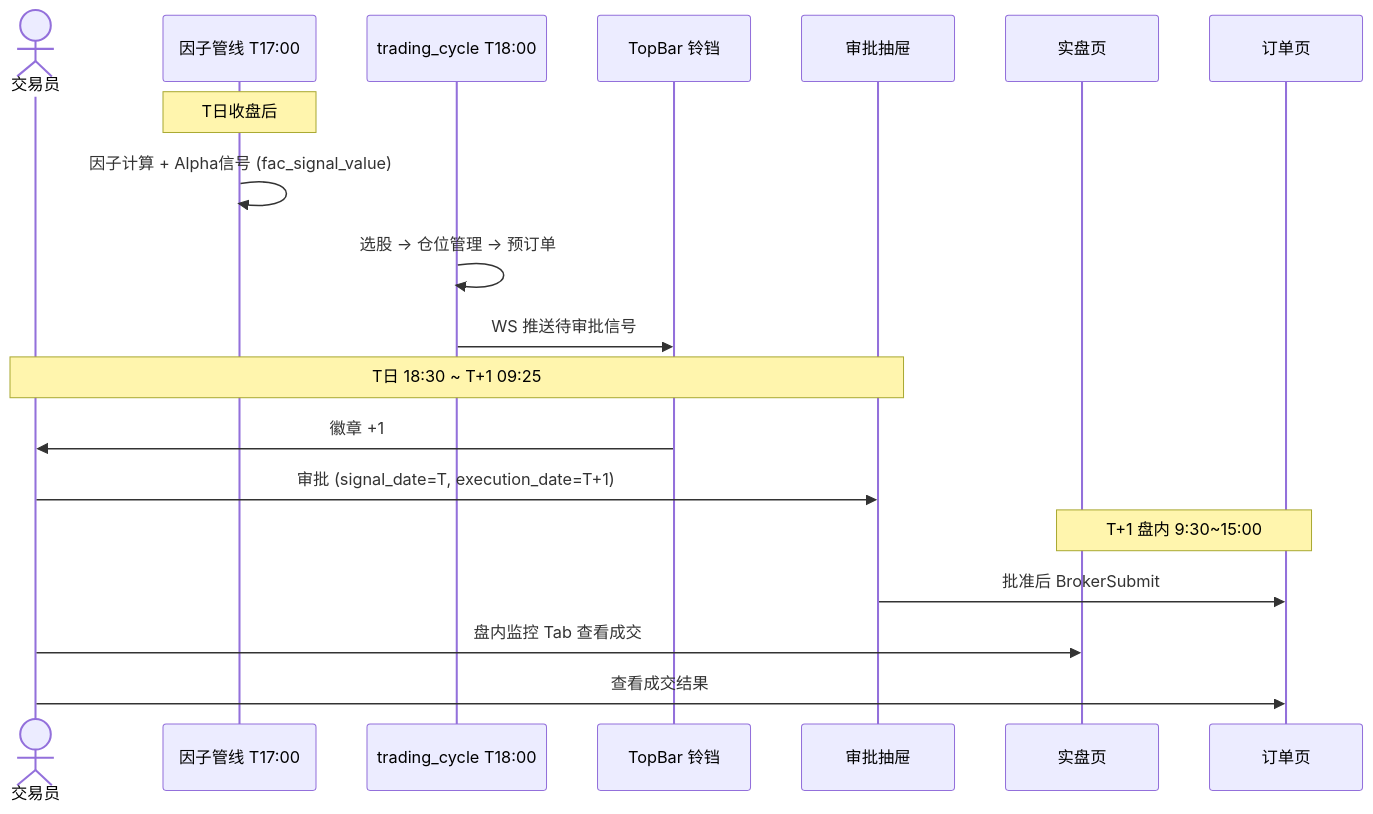
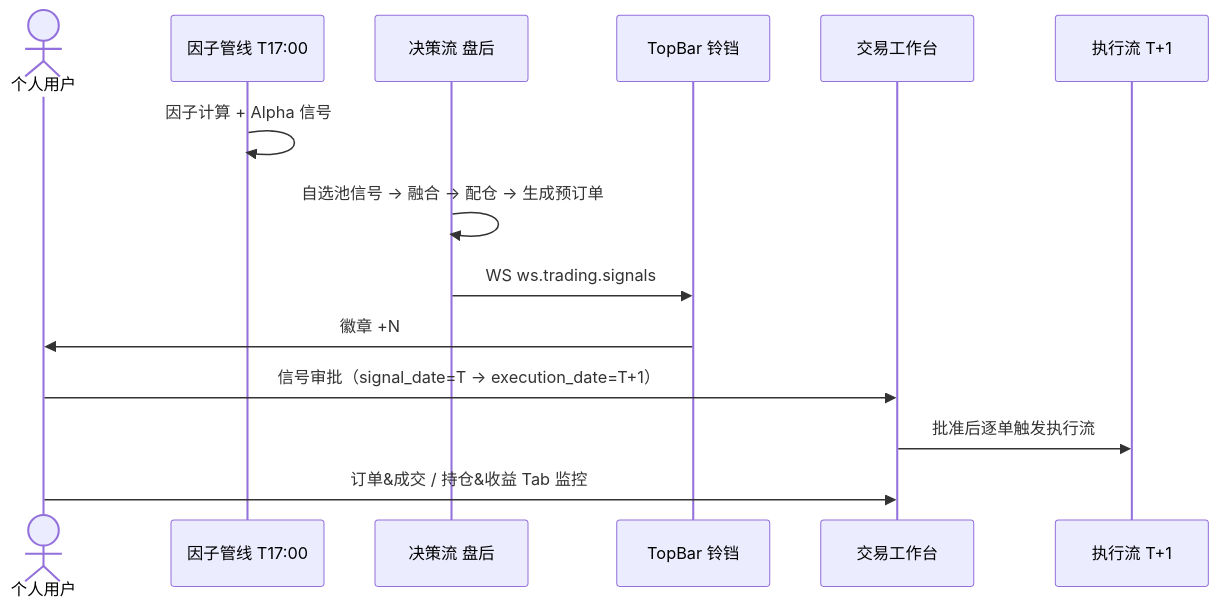
The second of 3 diagrams in docs/trading-product-design.md (bitiany/xq-trader), drawn with Mermaid before and after one commit. The commit also changed other lines of this file and 8 other files, not shown here.

````diff
--- a/docs/trading-product-design.md
+++ b/docs/trading-product-design.md
@@ -340,24 +188,17 @@
 ```mermaid
 sequenceDiagram
-    actor User as 交易员
+    actor User as 个人用户
     participant Factor as 因子管线 T17:00
-    participant WF as trading_cycle T18:00
+    participant WF as 决策流 盘后
     participant Bell as TopBar 铃铛
-    participant Drawer as 审批抽屉
-    participant Live as 实盘页
-    participant Orders as 订单页
+    participant Cockpit as 交易工作台
+    participant Exec as 执行流 T+1
 
-    Note over Factor: T日收盘后
-    Factor->>Factor: 因子计算 + Alpha信号 (fac_signal_value)
-    WF->>WF: 选股 → 仓位管理 → 预订单
-    WF->>Bell: WS 推送待审批信号
-
-    Note over User,Drawer: T日 18:30 ~ T+1 09:25
-    Bell->>User: 徽章 +1
-    User->>Drawer: 审批 (signal_date=T, execution_date=T+1)
-
-    Note over Live,Orders: T+1 盘内 9:30~15:00
-    Drawer->>Orders: 批准后 BrokerSubmit
-    User->>Live: 盘内监控 Tab 查看成交
-    User->>Orders: 查看成交结果
+    Factor->>Factor: 因子计算 + Alpha 信号
+    WF->>WF: 自选池信号 → 融合 → 配仓 → 生成预订单
+    WF->>Bell: WS ws.trading.signals
+    Bell->>User: 徽章 +N
+    User->>Cockpit: 信号审批（signal_date=T → execution_date=T+1）
+    Cockpit->>Exec: 批准后逐单触发执行流
+    User->>Cockpit: 订单&成交 / 持仓&收益 Tab 监控
 ```
````
